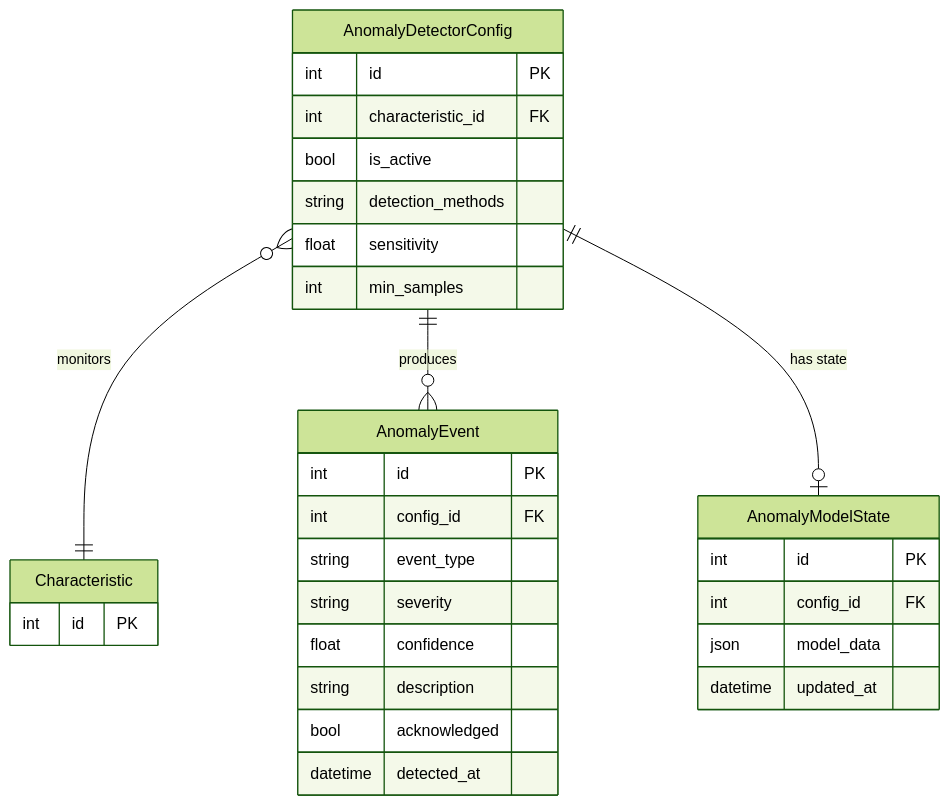
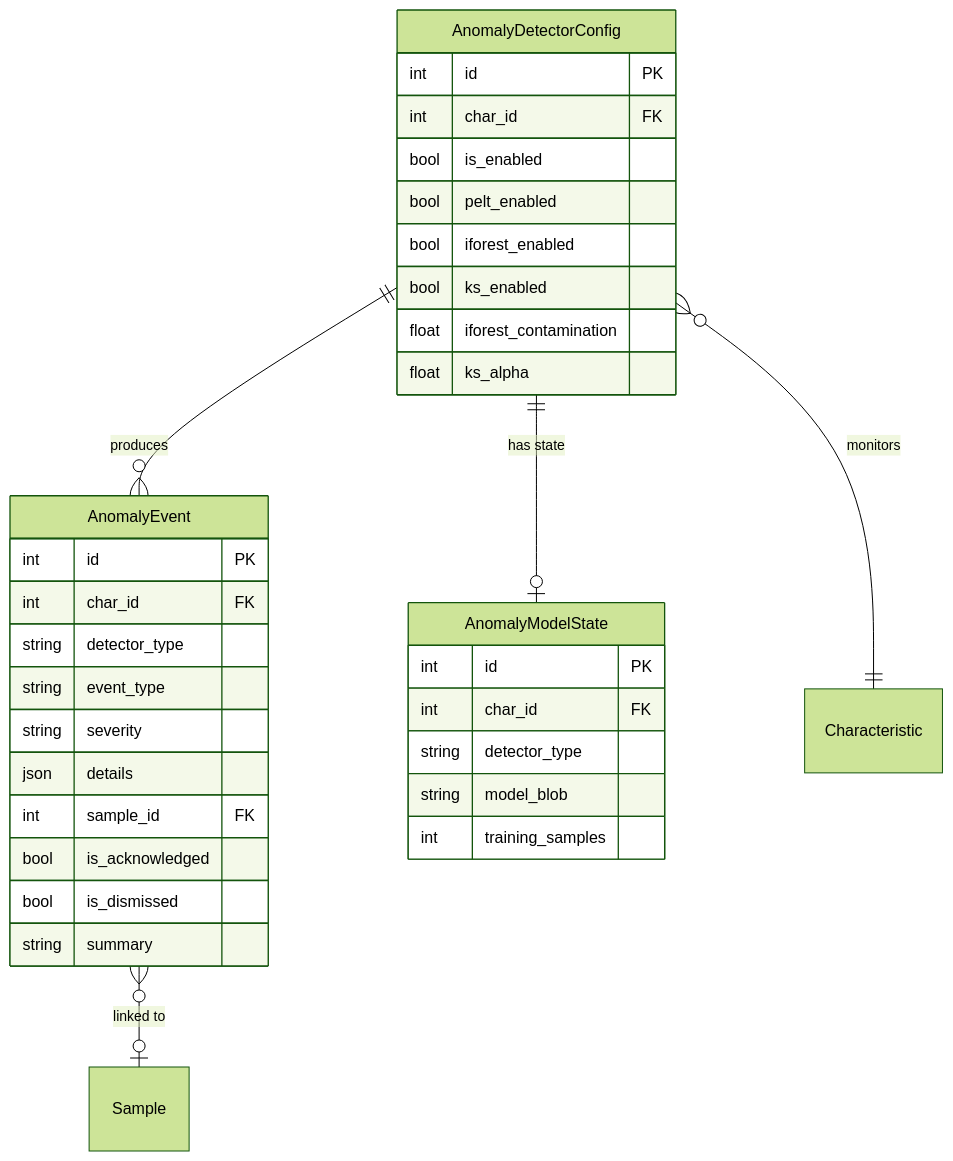
The second of 2 diagrams in .knowledge/features/anomaly.md (saturnis-io/cassini), drawn with Mermaid (forest theme) before and after one commit. The commit also changed other lines of this file and 16 other files, not shown here.

First line of the commit message:
knowledge-graph: regenerate

````diff
--- a/.knowledge/features/anomaly.md
+++ b/.knowledge/features/anomaly.md
@@ -28,33 +29,36 @@
 ```mermaid
 erDiagram
-    AnomalyDetectorConfig }o--|| Characteristic : "monitors"
-    AnomalyDetectorConfig ||--o{ AnomalyEvent : "produces"
+    AnomalyDetectorConfig ||--o{ AnomalyEvent : produces
     AnomalyDetectorConfig ||--o| AnomalyModelState : "has state"
     AnomalyDetectorConfig {
         int id PK
-        int characteristic_id FK
-        bool is_active
-        string detection_methods
-        float sensitivity
-        int min_samples
+        int char_id FK
+        bool is_enabled
+        bool pelt_enabled
+        bool iforest_enabled
+        bool ks_enabled
+        float iforest_contamination
+        float ks_alpha
     }
     AnomalyEvent {
         int id PK
-        int config_id FK
+        int char_id FK
+        string detector_type
         string event_type
         string severity
-        float confidence
-        string description
-        bool acknowledged
-        datetime detected_at
+        json details
+        int sample_id FK
+        bool is_acknowledged
+        bool is_dismissed
+        string summary
     }
     AnomalyModelState {
         int id PK
-        int config_id FK
-        json model_data
-        datetime updated_at
+        int char_id FK
+        string detector_type
+        string model_blob
+        int training_samples
     }
-    Characteristic {
-        int id PK
-    }
+    AnomalyDetectorConfig }o--|| Characteristic : monitors
+    AnomalyEvent }o--o| Sample : "linked to"
 ```
````
